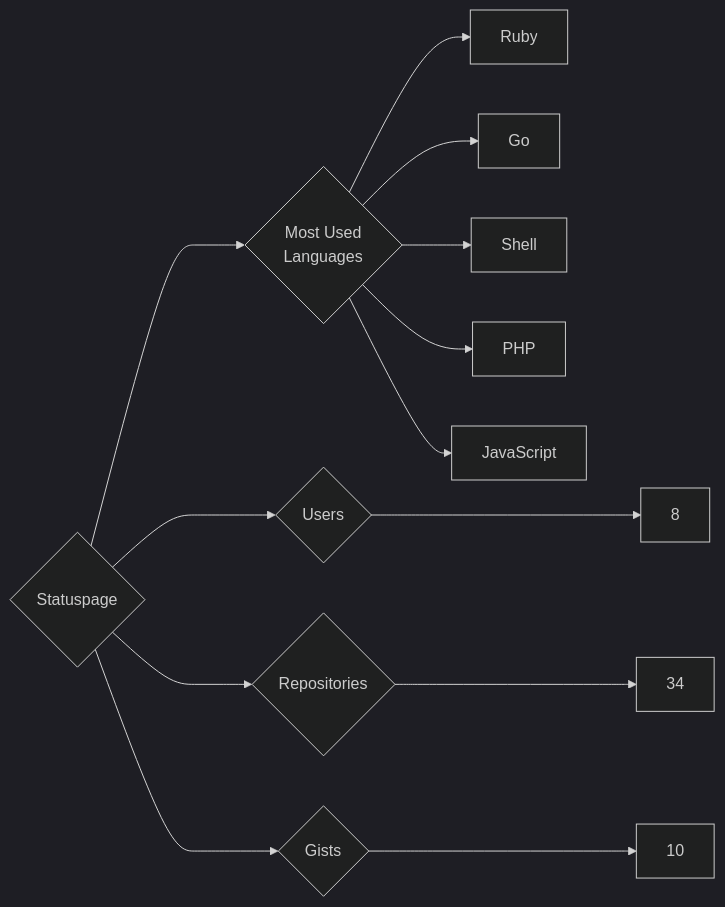
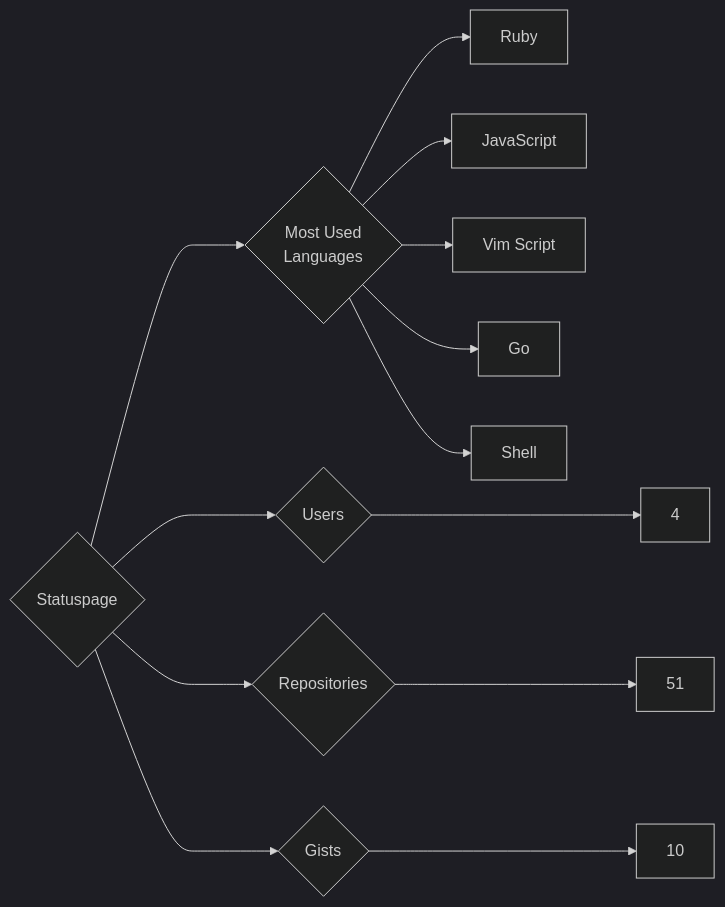
One commit to trickest/insiders changed the diagram in targets/Statuspage/README.md. Above: the diagram before and after it, drawn with Mermaid (dark theme). The commit also changed 1248 other files, not shown here.

````diff
--- a/targets/Statuspage/README.md
+++ b/targets/Statuspage/README.md
@@ -3,13 +3,13 @@
 ```mermaid
 graph LR
 COMPANY_NAME{Statuspage}
-COMPANY_NAME ---> U{Users} ---> UN[8]
-COMPANY_NAME ---> R{Repositories} ---> RN[34]
+COMPANY_NAME ---> U{Users} ---> UN[4]
+COMPANY_NAME ---> R{Repositories} ---> RN[51]
 COMPANY_NAME ---> G{Gists} ---> GN[10]
 COMPANY_NAME ---> ML{Most Used<br>Languages}
 ML --> Ruby[Ruby]
+ML --> JavaScript[JavaScript]
+ML --> Vim_Script[Vim Script]
 ML --> Go[Go]
 ML --> Shell[Shell]
-ML --> PHP[PHP]
-ML --> JavaScript[JavaScript]
 ```
````
